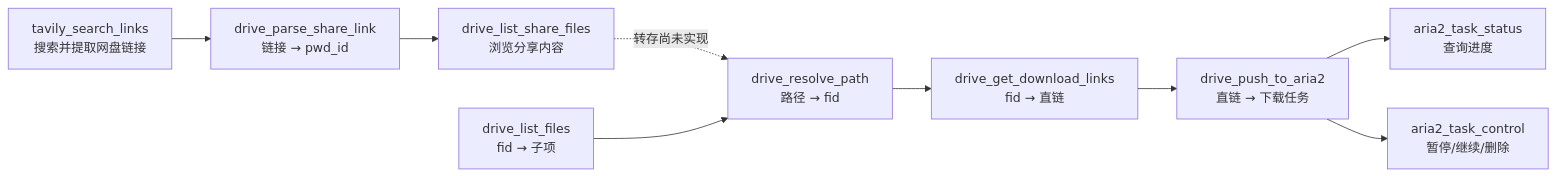
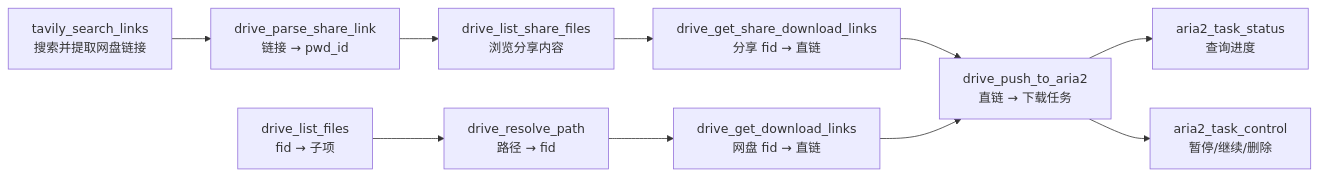
Before and after one commit to yoloseeyou/quark-drive-mcp: the first of 2 diagrams in README.md, drawn with Mermaid. The commit also changed other lines of this file and 7 other files, not shown here.

Commit message:
feat: download share files directly without saving; add removeResult action

````diff
--- a/README.md
+++ b/README.md
@@ -171,11 +172,12 @@
 ```mermaid
 flowchart LR
     S[tavily_search_links<br/>搜索并提取网盘链接] --> P[drive_parse_share_link<br/>链接 → pwd_id]
     P --> L[drive_list_share_files<br/>浏览分享内容]
-    L -.->|转存尚未实现| R[drive_resolve_path<br/>路径 → fid]
-    F[drive_list_files<br/>fid → 子项] --> R
-    R --> D[drive_get_download_links<br/>fid → 直链]
-    D --> A[drive_push_to_aria2<br/>直链 → 下载任务]
+    L --> G[drive_get_share_download_links<br/>分享 fid → 直链]
+    F[drive_list_files<br/>fid → 子项] --> R[drive_resolve_path<br/>路径 → fid]
+    R --> D[drive_get_download_links<br/>网盘 fid → 直链]
+    G --> A[drive_push_to_aria2<br/>直链 → 下载任务]
+    D --> A
     A --> T[aria2_task_status<br/>查询进度]
     A --> C[aria2_task_control<br/>暂停/继续/删除]
 ```
````
